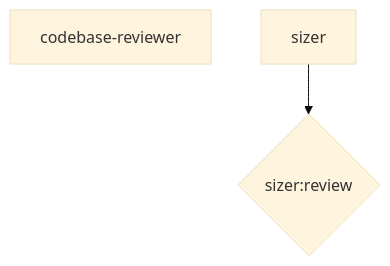
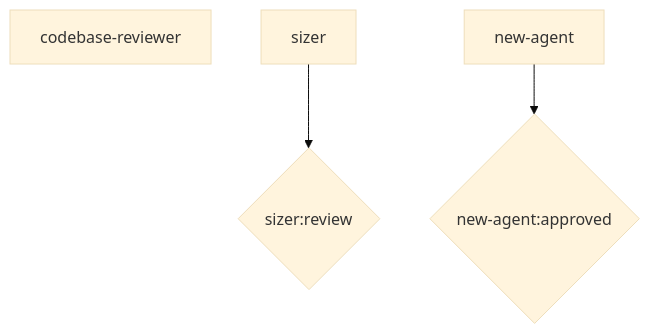
Before and after one commit to M-A-Operating-System/ai-coding-standards2: the diagram in docs/product/agile/generated/phases/00_ondemand.mmd, drawn with Mermaid (base theme).

Commit message:
chore: regenerate pipeline diagrams [skip ci]

```diff
--- a/docs/product/agile/generated/phases/00_ondemand.mmd
+++ b/docs/product/agile/generated/phases/00_ondemand.mmd
@@ -1,5 +1,8 @@
 flowchart TD
     n_00_ondemand__codebase_reviewer["codebase-reviewer"]
     n_00_ondemand__sizer["sizer"]
+    n_00_ondemand__new_agent["new-agent"]
     gate__n_00_ondemand__sizer{"sizer:review"}
+    gate__n_00_ondemand__new_agent{"new-agent:approved"}
     n_00_ondemand__sizer --> gate__n_00_ondemand__sizer
+    n_00_ondemand__new_agent --> gate__n_00_ondemand__new_agent
```
